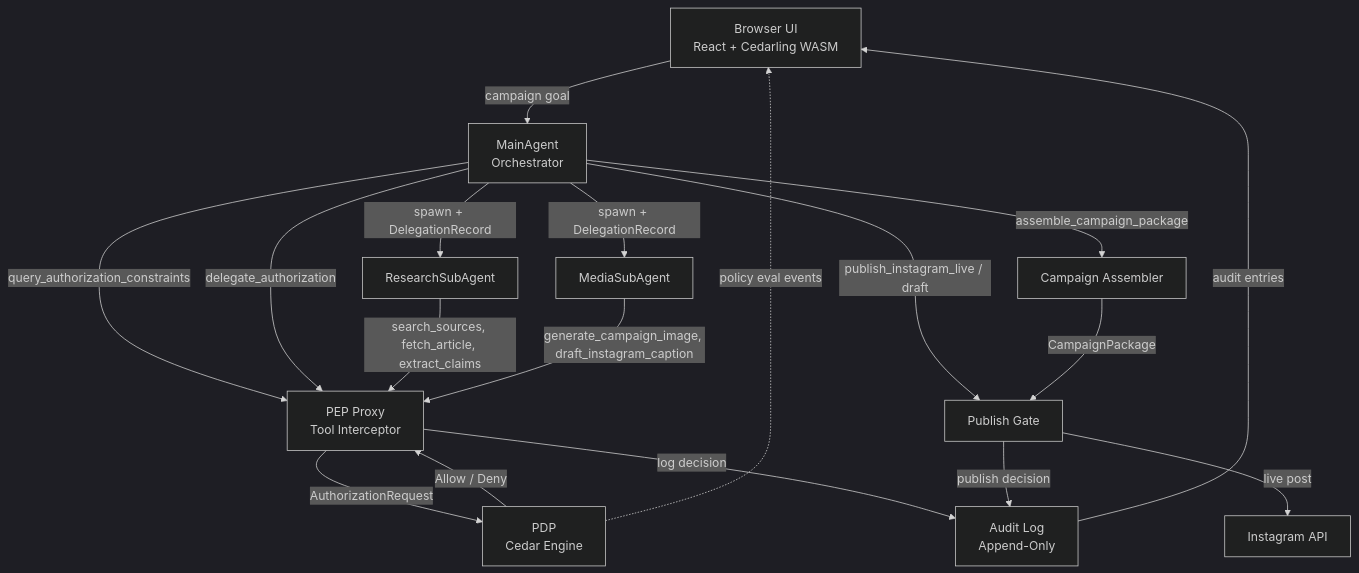
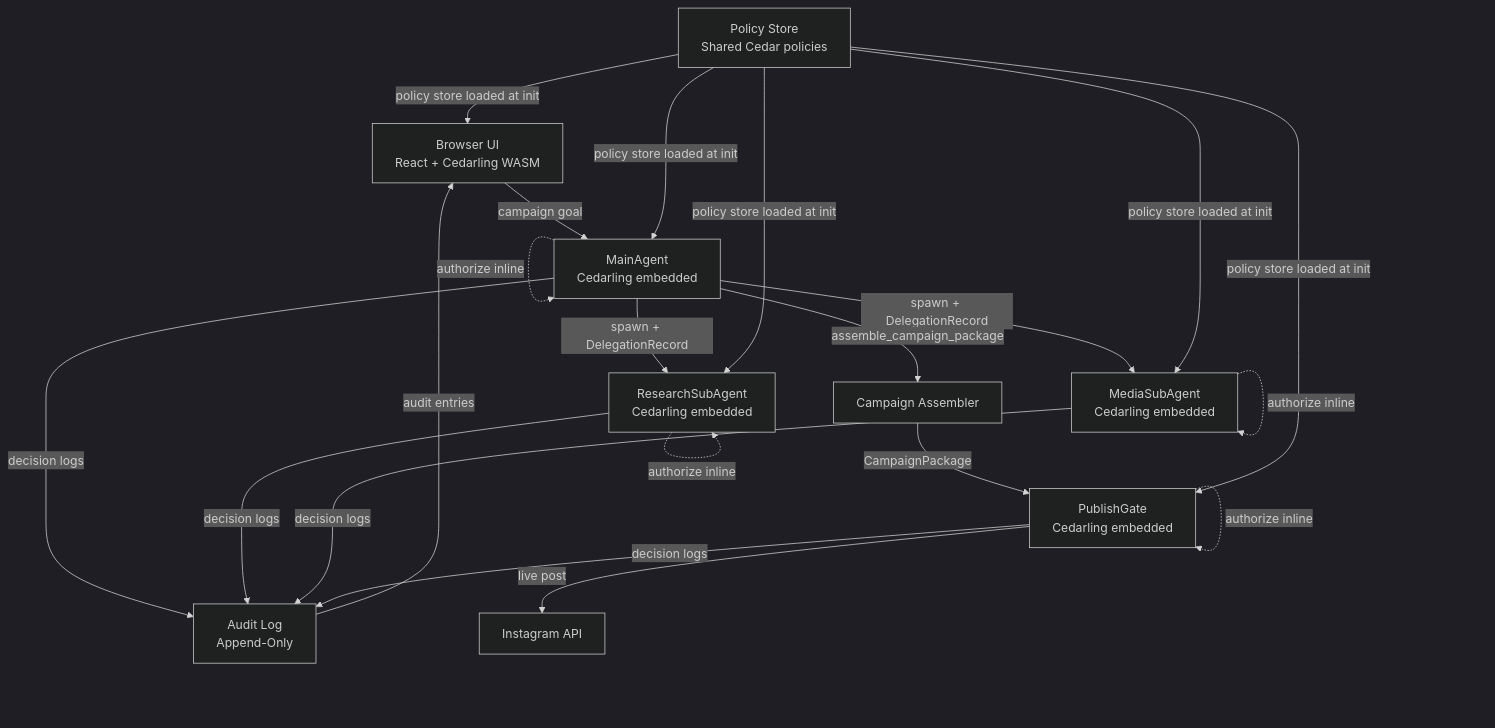
The diagram in .kiro/specs/clawdia-schiffer-agent/design.md (GluuFederation/clawdia), drawn with Mermaid (dark theme) before and after one commit. The commit also changed other lines of this file and 1 other file, not shown here.

First line of the commit message:
Updated draft requirements / design

````diff
--- a/.kiro/specs/clawdia-schiffer-agent/design.md
+++ b/.kiro/specs/clawdia-schiffer-agent/design.md
@@ -20,36 +20,37 @@
 ```mermaid
 graph TD
     UI[Browser UI\nReact + Cedarling WASM]
-    MA[MainAgent\nOrchestrator]
-    PEP[PEP Proxy\nTool Interceptor]
-    PDP[PDP\nCedar Engine]
-    RSA[ResearchSubAgent]
-    MSA[MediaSubAgent]
+    MA[MainAgent\nCedarling embedded]
+    RSA[ResearchSubAgent\nCedarling embedded]
+    MSA[MediaSubAgent\nCedarling embedded]
     CA[Campaign Assembler]
-    PG[Publish Gate]
+    PG[PublishGate\nCedarling embedded]
+    PS[Policy Store\nShared Cedar policies]
     AL[Audit Log\nAppend-Only]
     IG[Instagram API]
 
     UI -->|campaign goal| MA
-    MA -->|query_authorization_constraints| PEP
-    MA -->|delegate_authorization| PEP
-    MA -->|assemble_campaign_package| CA
-    MA -->|publish_instagram_live / draft| PG
-
-    PEP -->|AuthorizationRequest| PDP
-    PDP -->|Allow / Deny| PEP
-    PEP -->|log decision| AL
-
     MA -->|spawn + DelegationRecord| RSA
     MA -->|spawn + DelegationRecord| MSA
+    MA -->|assemble_campaign_package| CA
+    CA -->|CampaignPackage| PG
 
-    RSA -->|search_sources, fetch_article, extract_claims| PEP
-    MSA -->|generate_campaign_image, draft_instagram_caption| PEP
+    MA -.->|authorize inline| MA
+    RSA -.->|authorize inline| RSA
+    MSA -.->|authorize inline| MSA
+    PG -.->|authorize inline| PG
 
-    CA -->|CampaignPackage| PG
-    PG -->|publish decision| AL
+    PS -->|policy store loaded at init| MA
+    PS -->|policy store loaded at init| RSA
+    PS -->|policy store loaded at init| MSA
+    PS -->|policy store loaded at init| PG
+    PS -->|policy store loaded at init| UI
+
+    MA -->|decision logs| AL
+    RSA -->|decision logs| AL
+    MSA -->|decision logs| AL
+    PG -->|decision logs| AL
     PG -->|live post| IG
 
     AL -->|audit entries| UI
-    PDP -.->|policy eval events| UI
 ```
````
